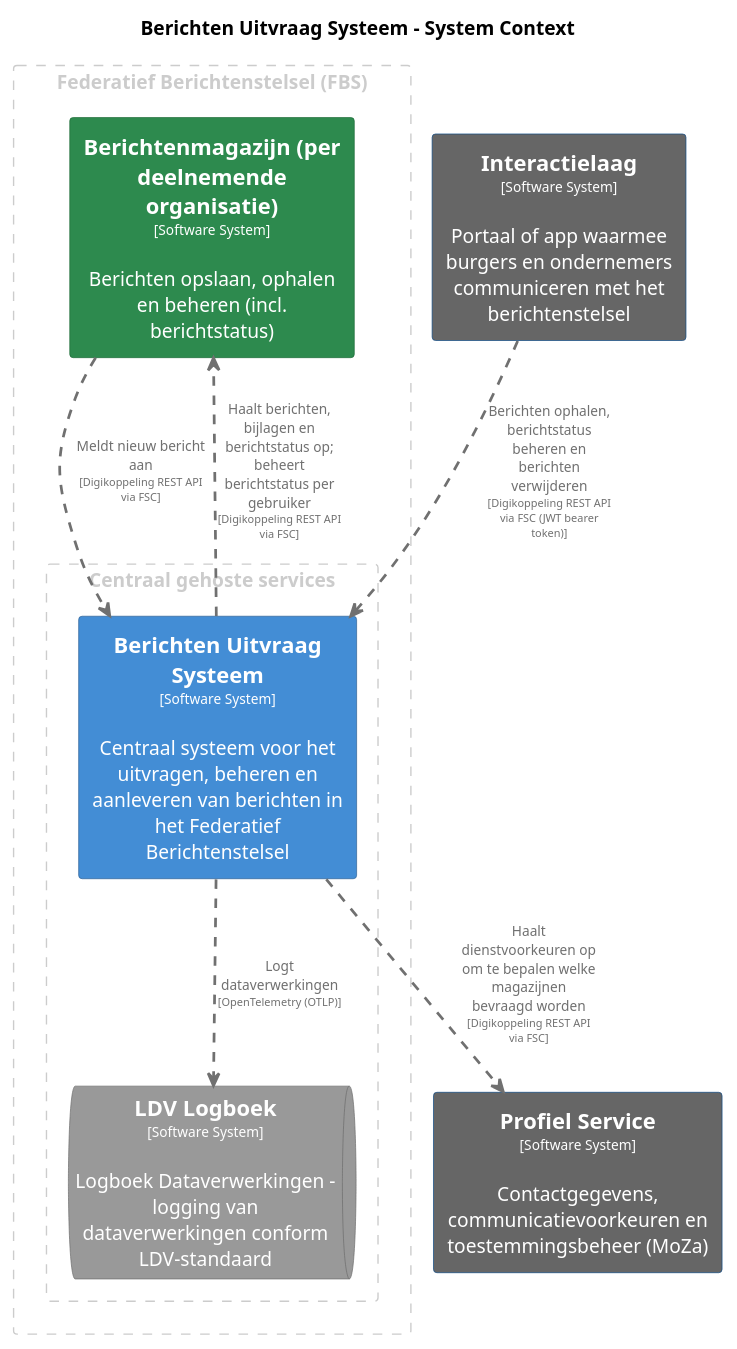
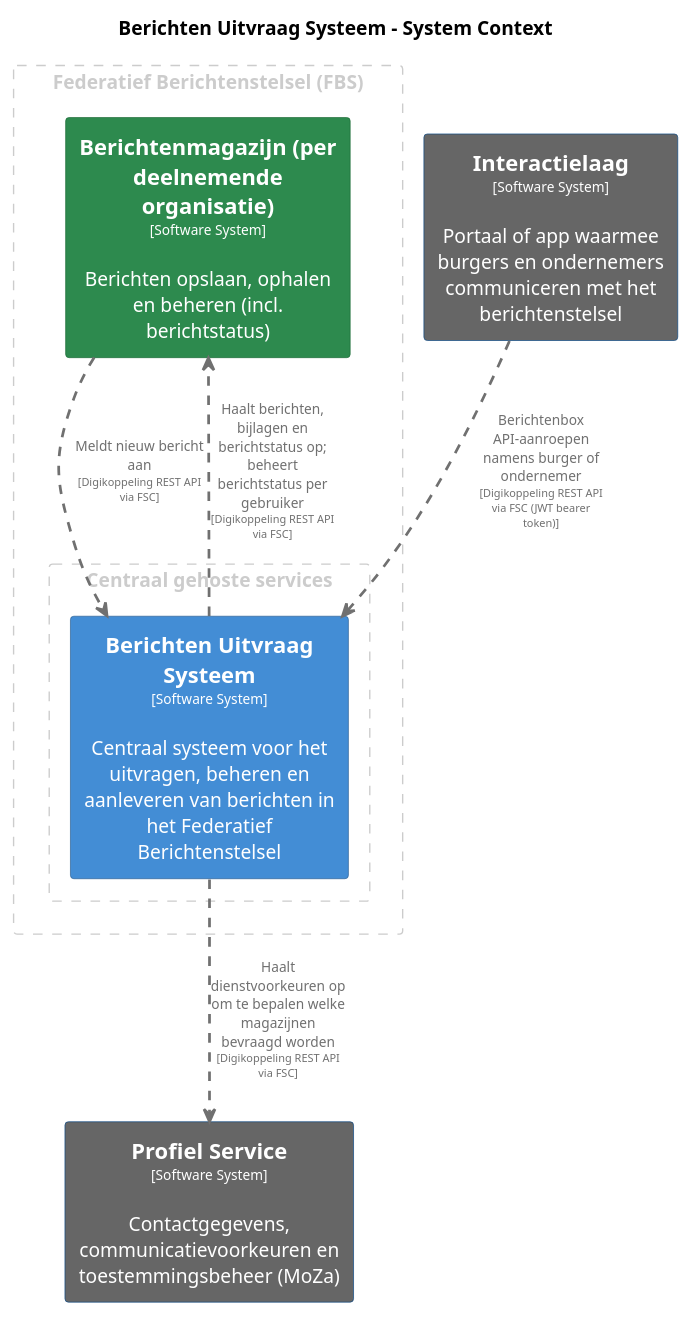
Before and after one commit to MinBZK/moza-poc-fbs-berichtenbox: the diagram in pr-preview/pr-22/master/puml/BerichtenUitvraagSysteem.puml, drawn with PlantUML. The commit also changed 53 other files, not shown here.

```diff
--- a/pr-preview/pr-22/master/puml/BerichtenUitvraagSysteem.puml
+++ b/pr-preview/pr-22/master/puml/BerichtenUitvraagSysteem.puml
@@ -1,74 +1,66 @@
 @startuml
 set separator none
 title Berichten Uitvraag Systeem - System Context
 
 top to bottom direction
 skinparam ranksep 60
 skinparam nodesep 30
 
 skinparam {
   arrowFontSize 10
   defaultTextAlignment center
   wrapWidth 200
   maxMessageSize 100
 }
 
 hide stereotype
 
 skinparam rectangle<<BerichtenUitvraagSysteem>> {
   BackgroundColor #438dd5
   FontColor #ffffff
   BorderColor #2e6295
   shadowing false
 }
 skinparam rectangle<<Berichtenmagazijnperdeelnemendeorganisatie>> {
   BackgroundColor #2d8a4e
   FontColor #ffffff
   BorderColor #1e6b38
   shadowing false
 }
 skinparam rectangle<<Interactielaag>> {
   BackgroundColor #666666
   FontColor #ffffff
   BorderColor #0b4884
   shadowing false
 }
-skinparam queue<<LDVLogboek>> {
-  BackgroundColor #999999
-  FontColor #ffffff
-  BorderColor #6b6b6b
-  shadowing false
-}
 skinparam rectangle<<ProfielService>> {
   BackgroundColor #666666
   FontColor #ffffff
   BorderColor #0b4884
   shadowing false
 }
 
 rectangle "Federatief Berichtenstelsel (FBS)" <<group1>> as group1 {
   skinparam RectangleBorderColor<<group1>> #cccccc
   skinparam RectangleFontColor<<group1>> #cccccc
   skinparam RectangleBorderStyle<<group1>> dashed
 
   rectangle "==Berichtenmagazijn (per deelnemende organisatie)\n<size:10>[Software System]</size>\n\nBerichten opslaan, ophalen en beheren (incl. berichtstatus)" <<Berichtenmagazijnperdeelnemendeorganisatie>> as Berichtenmagazijnperdeelnemendeorganisatie
     rectangle "Centraal gehoste services" <<group2>> as group2 {
       skinparam RectangleBorderColor<<group2>> #cccccc
       skinparam RectangleFontColor<<group2>> #cccccc
       skinparam RectangleBorderStyle<<group2>> dashed
 
       rectangle "==Berichten Uitvraag Systeem\n<size:10>[Software System]</size>\n\nCentraal systeem voor het uitvragen, beheren en aanleveren van berichten in het Federatief Berichtenstelsel" <<BerichtenUitvraagSysteem>> as BerichtenUitvraagSysteem
-      queue "==LDV Logboek\n<size:10>[Software System]</size>\n\nLogboek Dataverwerkingen - logging van dataverwerkingen conform LDV-standaard" <<LDVLogboek>> as LDVLogboek
     }
 
 }
 
 rectangle "==Profiel Service\n<size:10>[Software System]</size>\n\nContactgegevens, communicatievoorkeuren en toestemmingsbeheer (MoZa)" <<ProfielService>> as ProfielService
 rectangle "==Interactielaag\n<size:10>[Software System]</size>\n\nPortaal of app waarmee burgers en ondernemers communiceren met het berichtenstelsel" <<Interactielaag>> as Interactielaag
 
+Berichtenmagazijnperdeelnemendeorganisatie .[#707070,thickness=2].> BerichtenUitvraagSysteem : "<color:#707070>Meldt nieuw bericht aan\n<color:#707070><size:8>[Digikoppeling REST API via FSC]</size>"
 BerichtenUitvraagSysteem .[#707070,thickness=2].> ProfielService : "<color:#707070>Haalt dienstvoorkeuren op om te bepalen welke magazijnen bevraagd worden\n<color:#707070><size:8>[Digikoppeling REST API via FSC]</size>"
-BerichtenUitvraagSysteem .[#707070,thickness=2].> LDVLogboek : "<color:#707070>Logt dataverwerkingen\n<color:#707070><size:8>[OpenTelemetry (OTLP)]</size>"
 BerichtenUitvraagSysteem .[#707070,thickness=2].> Berichtenmagazijnperdeelnemendeorganisatie : "<color:#707070>Haalt berichten, bijlagen en berichtstatus op; beheert berichtstatus per gebruiker\n<color:#707070><size:8>[Digikoppeling REST API via FSC]</size>"
-Interactielaag .[#707070,thickness=2].> BerichtenUitvraagSysteem : "<color:#707070>Berichten ophalen, berichtstatus beheren en berichten verwijderen\n<color:#707070><size:8>[Digikoppeling REST API via FSC (JWT bearer token)]</size>"
-Berichtenmagazijnperdeelnemendeorganisatie .[#707070,thickness=2].> BerichtenUitvraagSysteem : "<color:#707070>Meldt nieuw bericht aan\n<color:#707070><size:8>[Digikoppeling REST API via FSC]</size>"
+Interactielaag .[#707070,thickness=2].> BerichtenUitvraagSysteem : "<color:#707070>Berichtenbox API-aanroepen namens burger of ondernemer\n<color:#707070><size:8>[Digikoppeling REST API via FSC (JWT bearer token)]</size>"
 @enduml
```
